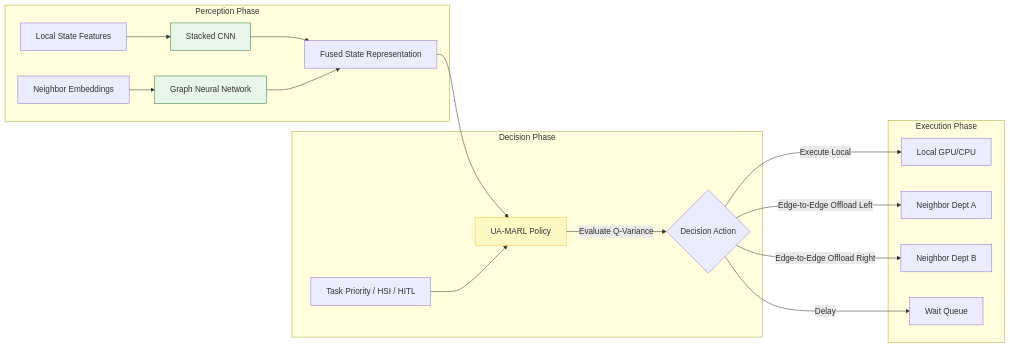
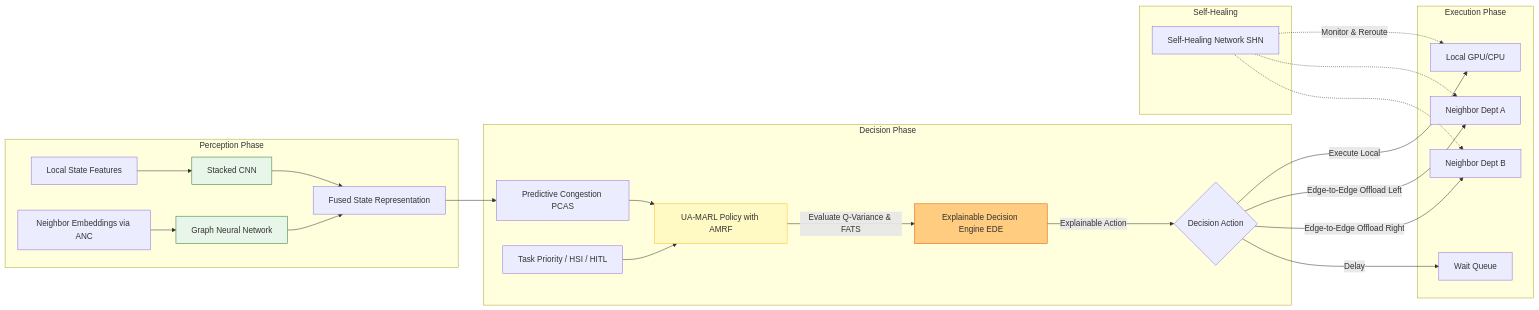
The second of 2 diagrams in GraphMARL_Research_Proposal.md (Abhishek-2027/Graph-Neural-Multi-Agent-Reinforcement-Learning-for-Fully-Decentralized-Hospital-Edge-Intelligence), drawn with Mermaid before and after one commit. The commit also changed other lines of this file and 3 other files, not shown here.

````diff
--- a/GraphMARL_Research_Proposal.md
+++ b/GraphMARL_Research_Proposal.md
@@ -91,26 +116,35 @@
 ```mermaid
 flowchart LR
     subgraph Perception Phase
     A1[Local State Features] --> SCNN[Stacked CNN]
-    A2[Neighbor Embeddings] --> GNN[Graph Neural Network]
+    A2[Neighbor Embeddings via ANC] --> GNN[Graph Neural Network]
     SCNN --> Fused[Fused State Representation]
     GNN --> Fused
     end
     
     subgraph Decision Phase
-    Fused --> MARL[UA-MARL Policy]
+    Fused --> PCAS[Predictive Congestion PCAS]
+    PCAS --> MARL[UA-MARL Policy with AMRF]
     T[Task Priority / HSI / HITL] --> MARL
-    MARL -->|Evaluate Q-Variance| D{Decision Action}
+    MARL -->|Evaluate Q-Variance & FATS| EDE[Explainable Decision Engine EDE]
+    EDE -->|Explainable Action| D{Decision Action}
     end
     
     subgraph Execution Phase
     D -->|Execute Local| E1[Local GPU/CPU]
     D -->|Edge-to-Edge Offload Left| E2[Neighbor Dept A]
     D -->|Edge-to-Edge Offload Right| E3[Neighbor Dept B]
     D -->|Delay| E4[Wait Queue]
     end
     
+    subgraph Self-Healing
+    SHN[Self-Healing Network SHN] -.->|Monitor & Reroute| E1
+    SHN -.-> E2
+    SHN -.-> E3
+    end
+    
     style GNN fill:#e8f5e9,stroke:#2e7d32
     style MARL fill:#fff9c4,stroke:#fbc02d
     style SCNN fill:#e8f5e9,stroke:#2e7d32
+    style EDE fill:#ffcc80,stroke:#e65100
 ```
````
